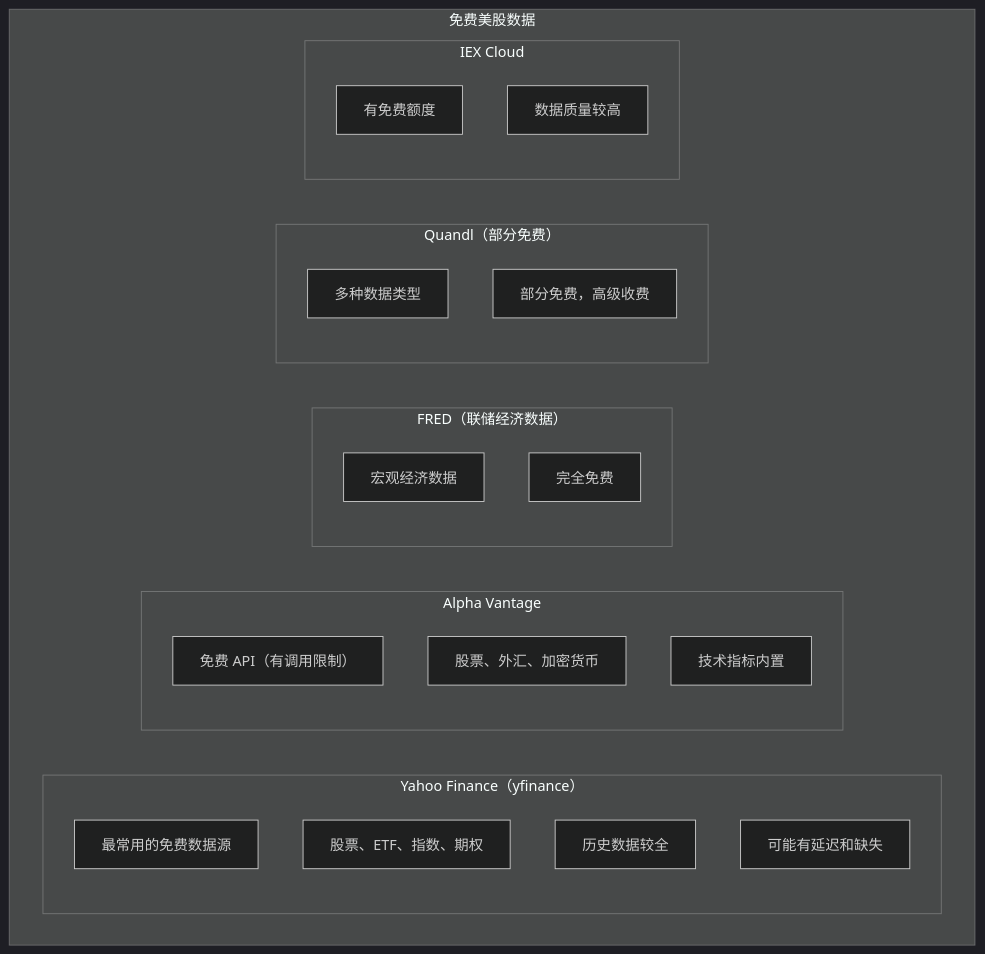
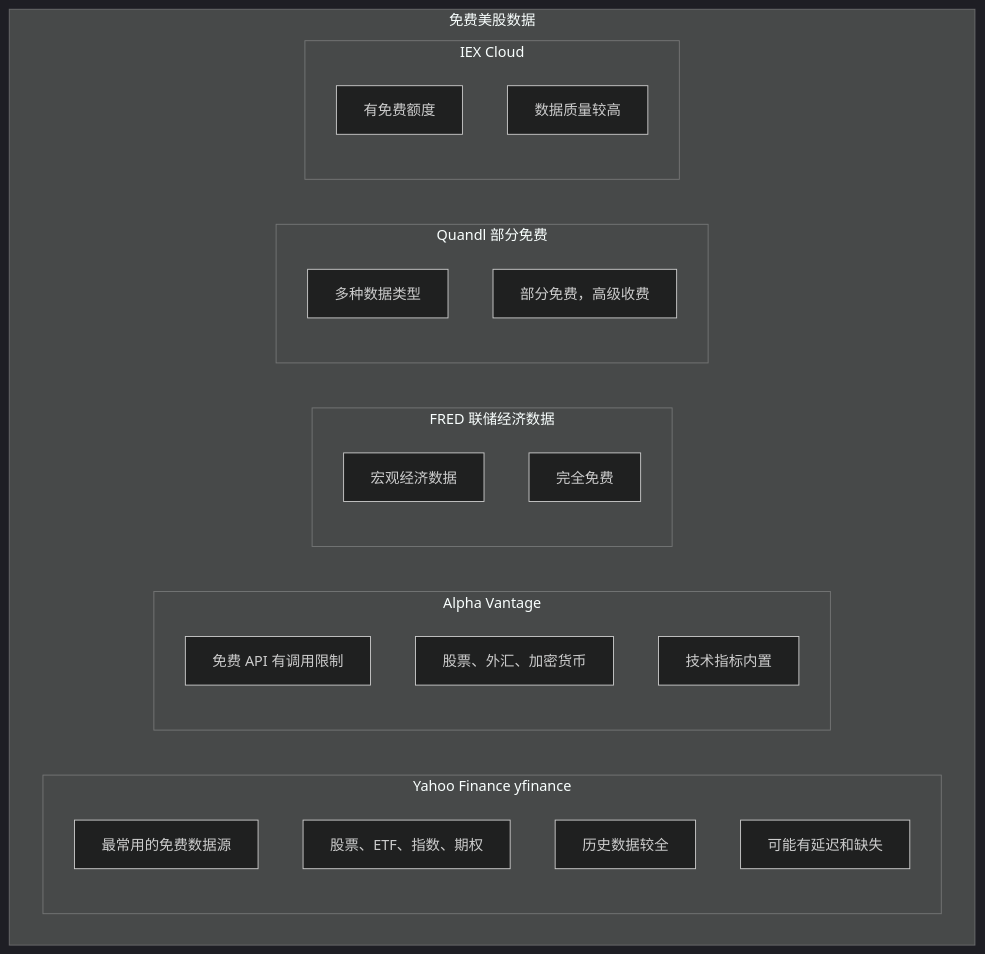
The fifth of 13 diagrams in content/articles/quant/quant-04-全球量化交易接口与数据.md (jpixy/jpixy.github.io), drawn with Mermaid (dark theme) before and after one commit. The commit also changed other lines of this file and 66 other files, not shown here.

Commit message:
fix: resolve Mermaid syntax errors by removing parentheses in node labels

````diff
--- a/content/articles/quant/quant-04-全球量化交易接口与数据.md
+++ b/content/articles/quant/quant-04-全球量化交易接口与数据.md
@@ -227,28 +227,28 @@
 ```mermaid
 graph TB
     subgraph 免费数据["免费美股数据"]
-        subgraph yf["Yahoo Finance（yfinance）"]
+        subgraph yf["Yahoo Finance yfinance"]
             Y1["最常用的免费数据源"]
             Y2["股票、ETF、指数、期权"]
             Y3["历史数据较全"]
             Y4["可能有延迟和缺失"]
         end
         subgraph av["Alpha Vantage"]
-            A1["免费 API（有调用限制）"]
+            A1["免费 API 有调用限制"]
             A2["股票、外汇、加密货币"]
             A3["技术指标内置"]
         end
-        subgraph fred["FRED（联储经济数据）"]
+        subgraph fred["FRED 联储经济数据"]
             F1["宏观经济数据"]
             F2["完全免费"]
         end
-        subgraph quandl["Quandl（部分免费）"]
+        subgraph quandl["Quandl 部分免费"]
             Q1["多种数据类型"]
             Q2["部分免费，高级收费"]
         end
         subgraph iex["IEX Cloud"]
             I1["有免费额度"]
             I2["数据质量较高"]
         end
     end
 ```
````
